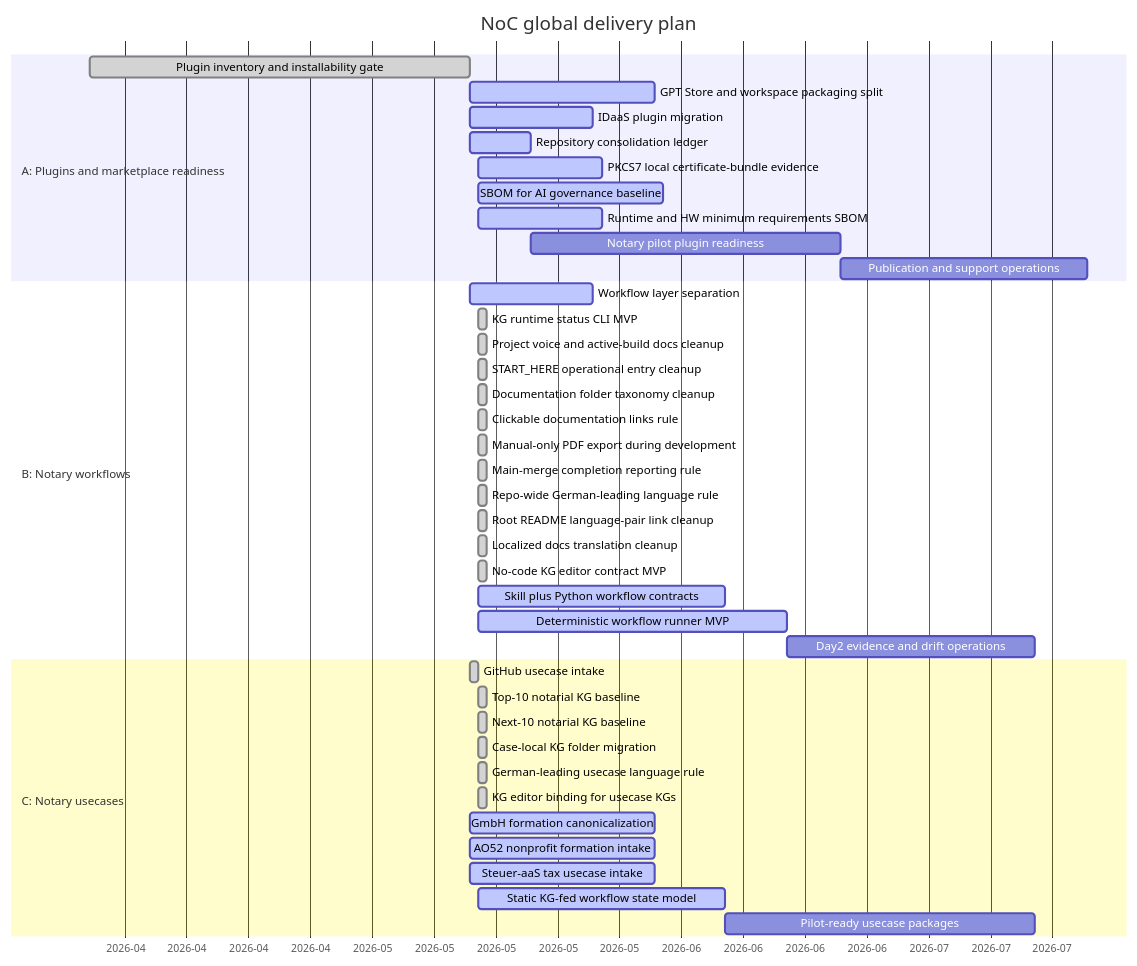
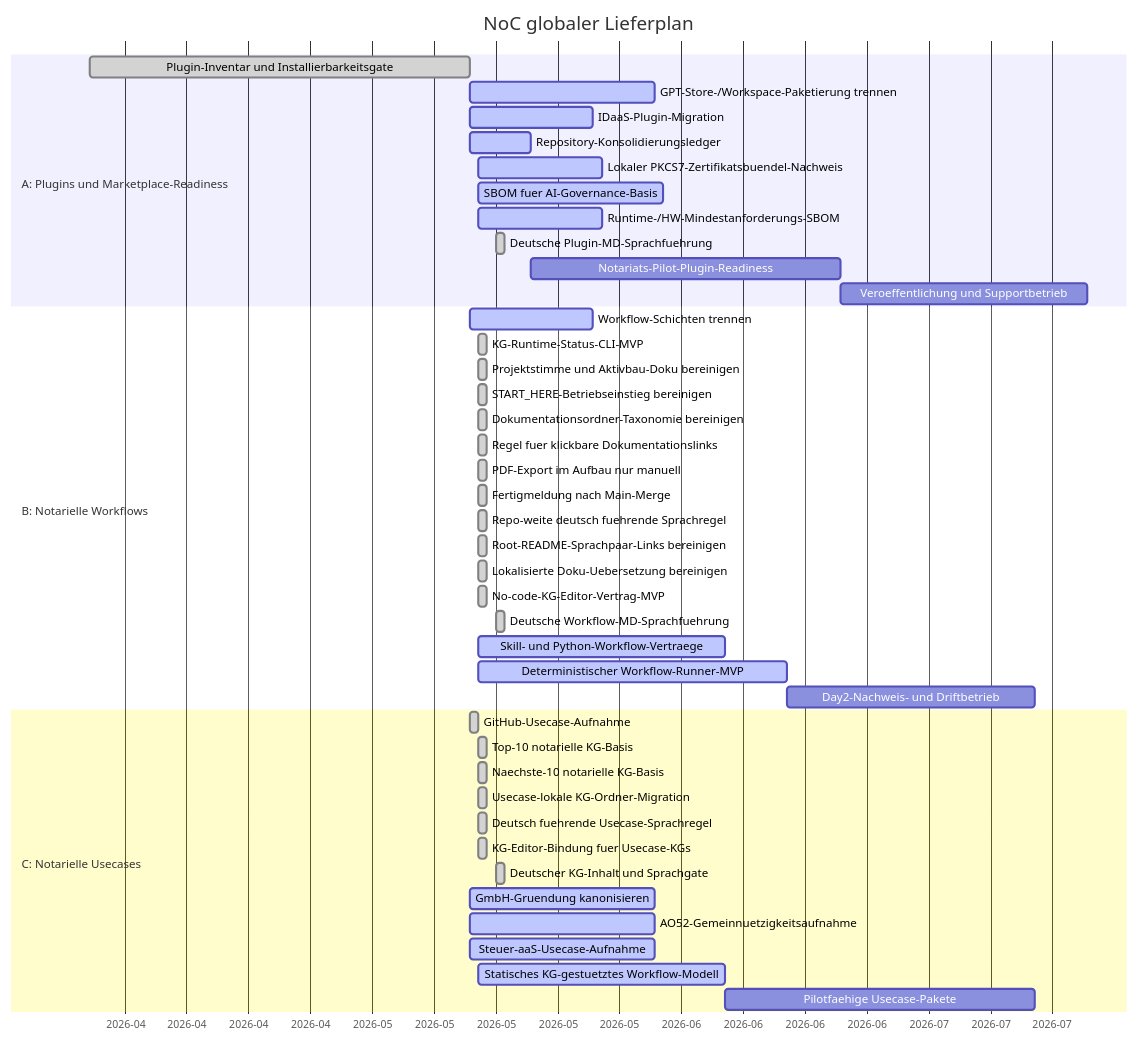
One commit to notariat8/NaC changed the diagram in roadmap/GANTT.md. Above: the diagram before and after it, drawn with Mermaid. The commit also changed other lines of this file and 67 other files, not shown here.

Commit message:
Align German language gates across KG docs

````diff
--- a/roadmap/GANTT.md
+++ b/roadmap/GANTT.md
@@ -12,47 +13,50 @@
 ```mermaid
 gantt
-    title NoC global delivery plan
+    title NoC globaler Lieferplan
     dateFormat  YYYY-MM-DD
     axisFormat  %Y-%m
 
-    section A: Plugins and marketplace readiness
-    Plugin inventory and installability gate     :done,    a1, 2026-04-01, 2026-05-14
-    GPT Store and workspace packaging split      :active,  a2, 2026-05-14, 21d
-    IDaaS plugin migration                       :active,  a3, 2026-05-14, 14d
-    Repository consolidation ledger              :active,  a4, 2026-05-14, 7d
-    PKCS7 local certificate-bundle evidence      :active,  a4a, 2026-05-15, 14d
-    SBOM for AI governance baseline              :active,  a4b, 2026-05-15, 21d
-    Runtime and HW minimum requirements SBOM     :active,  a4c, 2026-05-15, 14d
-    Notary pilot plugin readiness                :         a5, after a4, 35d
-    Publication and support operations           :         a6, after a5, 28d
+    section A: Plugins und Marketplace-Readiness
+    Plugin-Inventar und Installierbarkeitsgate   :done,    a1, 2026-04-01, 2026-05-14
+    GPT-Store-/Workspace-Paketierung trennen     :active,  a2, 2026-05-14, 21d
+    IDaaS-Plugin-Migration                       :active,  a3, 2026-05-14, 14d
+    Repository-Konsolidierungsledger             :active,  a4, 2026-05-14, 7d
+    Lokaler PKCS7-Zertifikatsbuendel-Nachweis    :active,  a4a, 2026-05-15, 14d
+    SBOM fuer AI-Governance-Basis                :active,  a4b, 2026-05-15, 21d
+    Runtime-/HW-Mindestanforderungs-SBOM         :active,  a4c, 2026-05-15, 14d
+    Deutsche Plugin-MD-Sprachfuehrung            :done,    a4d, 2026-05-17, 1d
+    Notariats-Pilot-Plugin-Readiness             :         a5, after a4, 35d
+    Veroeffentlichung und Supportbetrieb         :         a6, after a5, 28d
 
-    section B: Notary workflows
-    Workflow layer separation                    :active,  b1, 2026-05-14, 14d
-    KG runtime status CLI MVP                    :done,    b1a, 2026-05-15, 1d
-    Project voice and active-build docs cleanup  :done,    b1b, 2026-05-15, 1d
-    START_HERE operational entry cleanup         :done,    b1c, 2026-05-15, 1d
-    Documentation folder taxonomy cleanup        :done,    b1d, 2026-05-15, 1d
-    Clickable documentation links rule           :done,    b1e, 2026-05-15, 1d
-    Manual-only PDF export during development    :done,    b1f, 2026-05-15, 1d
-    Main-merge completion reporting rule         :done,    b1g, 2026-05-15, 1d
-    Repo-wide German-leading language rule       :done,    b1h, 2026-05-15, 1d
-    Root README language-pair link cleanup       :done,    b1i, 2026-05-15, 1d
-    Localized docs translation cleanup           :done,    b1j, 2026-05-15, 1d
-    No-code KG editor contract MVP              :done,    b1k, 2026-05-15, 1d
-    Skill plus Python workflow contracts         :active,  b2, 2026-05-15, 28d
-    Deterministic workflow runner MVP            :active,  b3, 2026-05-15, 35d
-    Day2 evidence and drift operations           :         b4, after b3, 28d
+    section B: Notarielle Workflows
+    Workflow-Schichten trennen                   :active,  b1, 2026-05-14, 14d
+    KG-Runtime-Status-CLI-MVP                    :done,    b1a, 2026-05-15, 1d
+    Projektstimme und Aktivbau-Doku bereinigen   :done,    b1b, 2026-05-15, 1d
+    START_HERE-Betriebseinstieg bereinigen       :done,    b1c, 2026-05-15, 1d
+    Dokumentationsordner-Taxonomie bereinigen    :done,    b1d, 2026-05-15, 1d
+    Regel fuer klickbare Dokumentationslinks     :done,    b1e, 2026-05-15, 1d
+    PDF-Export im Aufbau nur manuell             :done,    b1f, 2026-05-15, 1d
+    Fertigmeldung nach Main-Merge                :done,    b1g, 2026-05-15, 1d
+    Repo-weite deutsch fuehrende Sprachregel     :done,    b1h, 2026-05-15, 1d
+    Root-README-Sprachpaar-Links bereinigen      :done,    b1i, 2026-05-15, 1d
+    Lokalisierte Doku-Uebersetzung bereinigen    :done,    b1j, 2026-05-15, 1d
+    No-code-KG-Editor-Vertrag-MVP                :done,    b1k, 2026-05-15, 1d
+    Deutsche Workflow-MD-Sprachfuehrung          :done,    b1l, 2026-05-17, 1d
+    Skill- und Python-Workflow-Vertraege         :active,  b2, 2026-05-15, 28d
+    Deterministischer Workflow-Runner-MVP        :active,  b3, 2026-05-15, 35d
+    Day2-Nachweis- und Driftbetrieb              :         b4, after b3, 28d
 
-    section C: Notary usecases
-    GitHub usecase intake                        :done,    c1, 2026-05-14, 1d
-    Top-10 notarial KG baseline                  :done,    c2, 2026-05-15, 1d
-    Next-10 notarial KG baseline                 :done,    c3, 2026-05-15, 1d
-    Case-local KG folder migration               :done,    c3a, 2026-05-15, 1d
-    German-leading usecase language rule         :done,    c3b, 2026-05-15, 1d
-    KG editor binding for usecase KGs            :done,    c3c, 2026-05-15, 1d
-    GmbH formation canonicalization              :active,  c4, 2026-05-14, 21d
-    AO52 nonprofit formation intake              :active,  c5, 2026-05-14, 21d
-    Steuer-aaS tax usecase intake                :active,  c6, 2026-05-14, 21d
-    Static KG-fed workflow state model           :active,  c7, 2026-05-15, 28d
-    Pilot-ready usecase packages                 :         c8, after c7, 35d
+    section C: Notarielle Usecases
+    GitHub-Usecase-Aufnahme                      :done,    c1, 2026-05-14, 1d
+    Top-10 notarielle KG-Basis                   :done,    c2, 2026-05-15, 1d
+    Naechste-10 notarielle KG-Basis              :done,    c3, 2026-05-15, 1d
+    Usecase-lokale KG-Ordner-Migration           :done,    c3a, 2026-05-15, 1d
+    Deutsch fuehrende Usecase-Sprachregel        :done,    c3b, 2026-05-15, 1d
+    KG-Editor-Bindung fuer Usecase-KGs           :done,    c3c, 2026-05-15, 1d
+    Deutscher KG-Inhalt und Sprachgate           :done,    c3d, 2026-05-17, 1d
+    GmbH-Gruendung kanonisieren                  :active,  c4, 2026-05-14, 21d
+    AO52-Gemeinnuetzigkeitsaufnahme              :active,  c5, 2026-05-14, 21d
+    Steuer-aaS-Usecase-Aufnahme                  :active,  c6, 2026-05-14, 21d
+    Statisches KG-gestuetztes Workflow-Modell    :active,  c7, 2026-05-15, 28d
+    Pilotfaehige Usecase-Pakete                  :         c8, after c7, 35d
 ```
````
